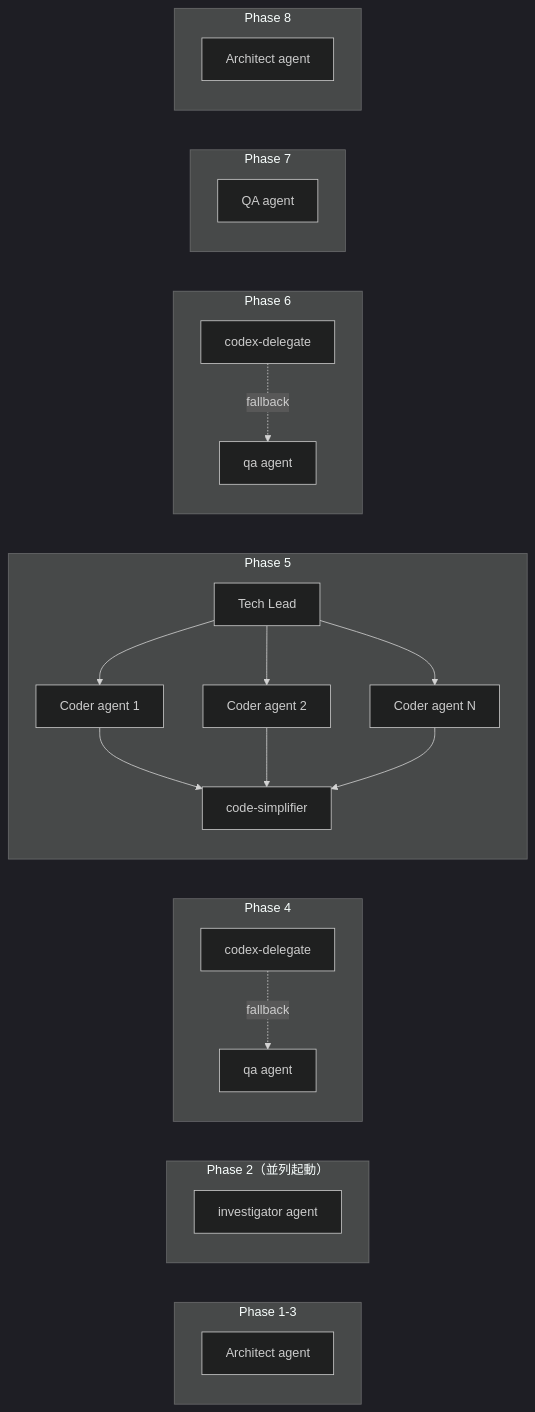
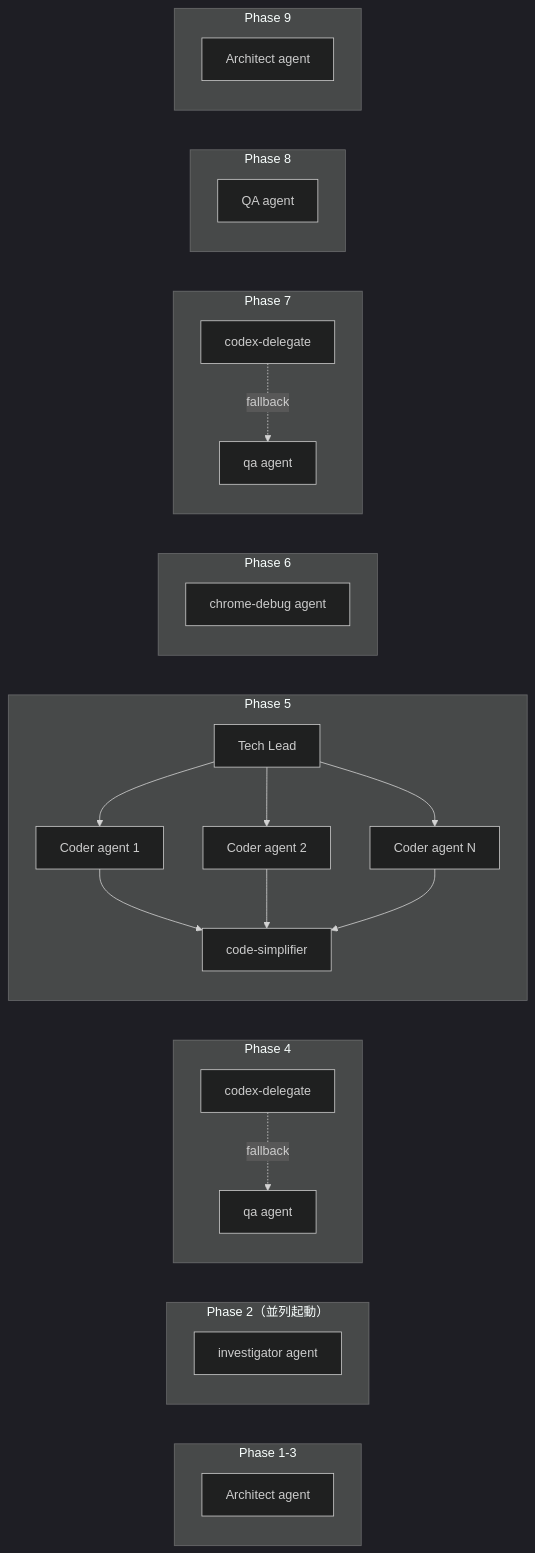
The ninth of 10 diagrams in docs/workflow-flow.md (tasai-lab/fractal-dev-workflow), drawn with Mermaid (dark theme) before and after one commit. The commit also changed other lines of this file and 14 other files, not shown here.

````diff
--- a/docs/workflow-flow.md
+++ b/docs/workflow-flow.md
@@ -361,29 +363,32 @@
 ```mermaid
 flowchart LR
     subgraph "Phase 1-3"
         A1[Architect agent]
     end
     subgraph "Phase 2（並列起動）"
         INV[investigator agent]
     end
     subgraph "Phase 4"
         CD1[codex-delegate]
         CD1 -.->|fallback| QA1[qa agent]
     end
     subgraph "Phase 5"
         TL[Tech Lead] --> C1[Coder agent 1]
         TL --> C2[Coder agent 2]
         TL --> C3[Coder agent N]
         C1 & C2 & C3 --> CS[code-simplifier]
     end
     subgraph "Phase 6"
+        CHR[chrome-debug agent]
+    end
+    subgraph "Phase 7"
         CD2[codex-delegate]
         CD2 -.->|fallback| QA2[qa agent]
     end
-    subgraph "Phase 7"
+    subgraph "Phase 8"
         QA3[QA agent]
     end
-    subgraph "Phase 8"
+    subgraph "Phase 9"
         A2[Architect agent]
     end
 ```
````
